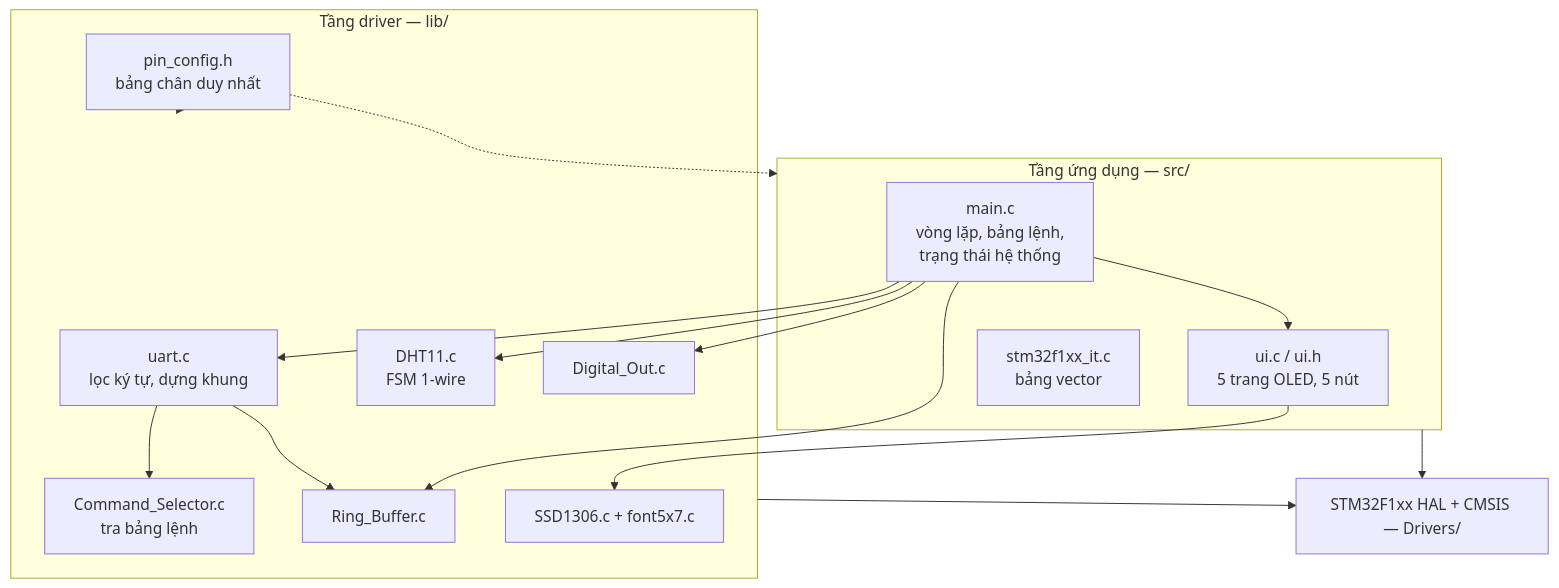
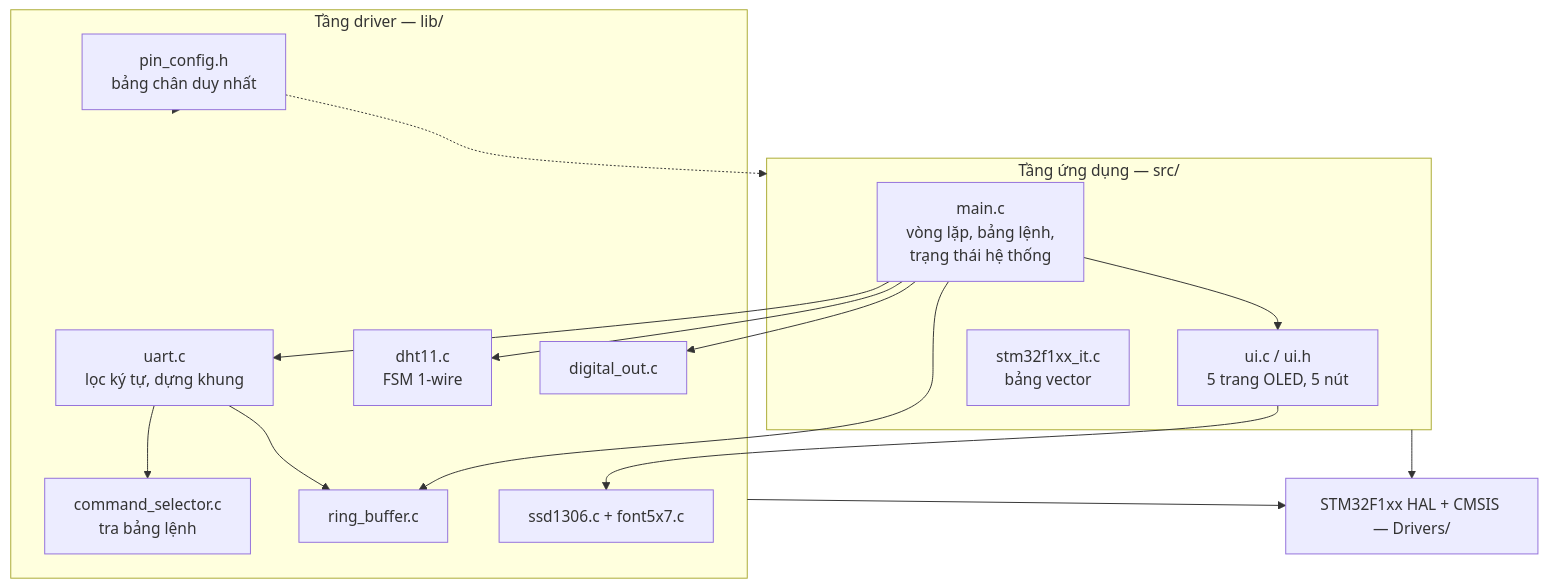
Before and after one commit to Dungisme142/Bluetooth-Based-device-control: the first of 4 diagrams in docs/05-kien-truc-phan-mem.md, drawn with Mermaid. The commit also changed other lines of this file and 22 other files, not shown here.

````diff
--- a/docs/05-kien-truc-phan-mem.md
+++ b/docs/05-kien-truc-phan-mem.md
@@ -17,31 +17,31 @@
 ```mermaid
 flowchart TD
     subgraph APP["Tầng ứng dụng — src/"]
         MAIN["main.c<br/>vòng lặp, bảng lệnh,<br/>trạng thái hệ thống"]
         UI["ui.c / ui.h<br/>5 trang OLED, 5 nút"]
         IT["stm32f1xx_it.c<br/>bảng vector"]
     end
     subgraph LIB["Tầng driver — lib/"]
         UART["uart.c<br/>lọc ký tự, dựng khung"]
-        CMD["Command_Selector.c<br/>tra bảng lệnh"]
-        RB["Ring_Buffer.c"]
-        DHT["DHT11.c<br/>FSM 1-wire"]
-        DO["Digital_Out.c"]
-        OLEDDRV["SSD1306.c + font5x7.c"]
+        CMD["command_selector.c<br/>tra bảng lệnh"]
+        RB["ring_buffer.c"]
+        DHT["dht11.c<br/>FSM 1-wire"]
+        DO["digital_out.c"]
+        OLEDDRV["ssd1306.c + font5x7.c"]
         PC["pin_config.h<br/>bảng chân duy nhất"]
     end
     HAL["STM32F1xx HAL + CMSIS — Drivers/"]
 
     MAIN --> UI
     MAIN --> UART
     MAIN --> DHT
     MAIN --> DO
     MAIN --> RB
     UI --> OLEDDRV
     UART --> CMD
     UART --> RB
     LIB --> HAL
     APP --> HAL
     PC -.-> APP
     PC -.-> LIB
 ```
````
